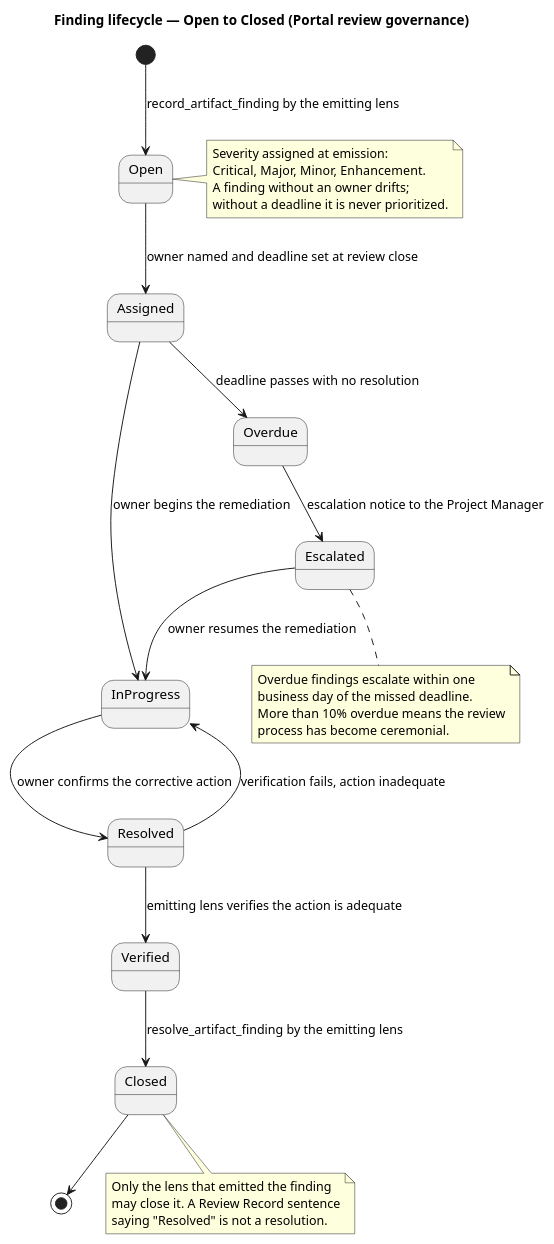
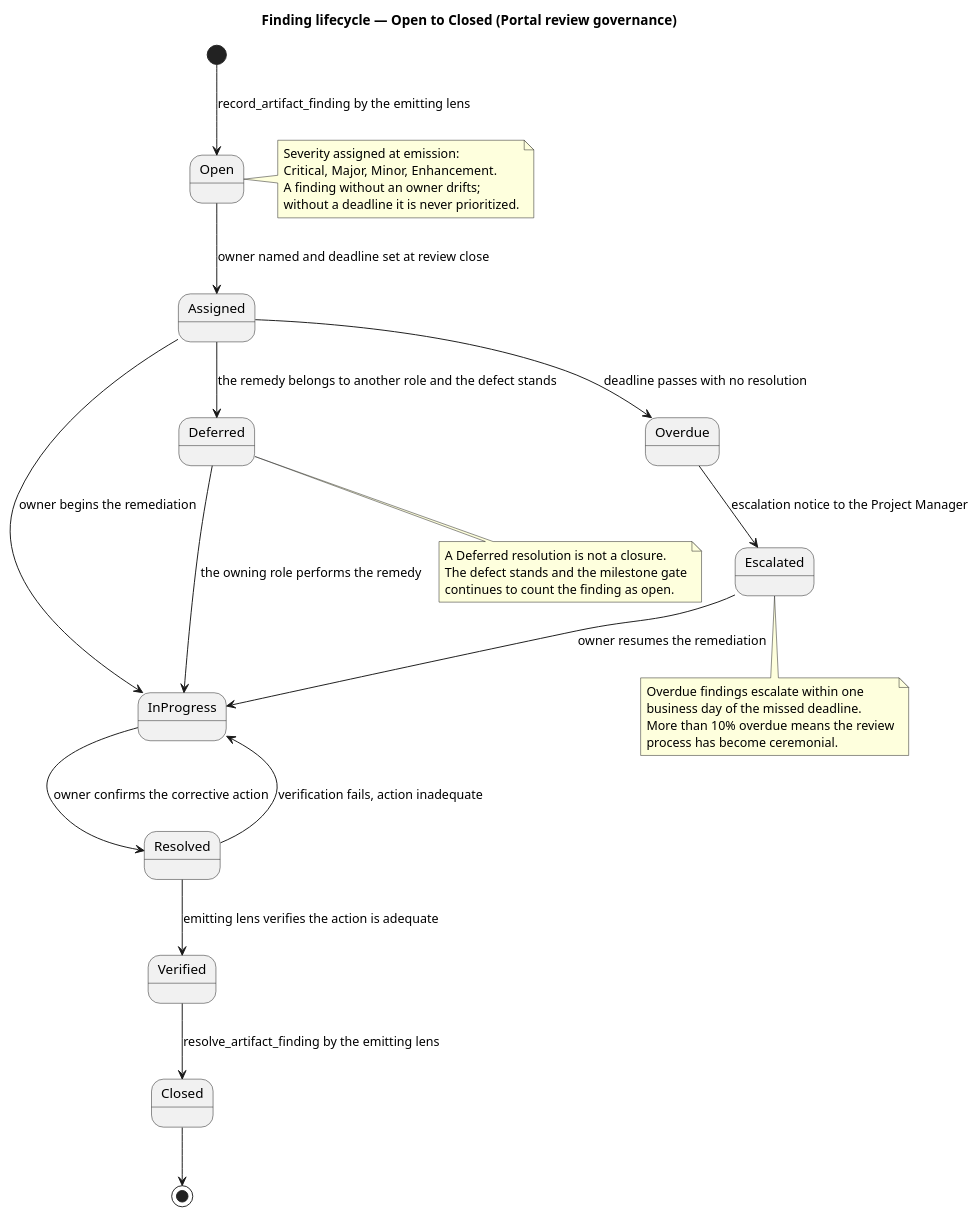
One commit to banense-test/portal changed diagram 28 of 30 in docs/artifacts/project-management/review-record.md. Above: the diagram before and after it, drawn with PlantUML. The commit also changed other lines of this file, not shown here.

First line of the commit message:
Review Coordinator [I2]: upsert Review Record

````diff
--- a/docs/artifacts/project-management/review-record.md
+++ b/docs/artifacts/project-management/review-record.md
@@ -3461,37 +3457,39 @@
 ```plantuml
 @startuml
 title Finding lifecycle — Open to Closed (Portal review governance)
 
 [*] --> Open : record_artifact_finding by the emitting lens
 Open --> Assigned : owner named and deadline set at review close
 Assigned --> InProgress : owner begins the remediation
 InProgress --> Resolved : owner confirms the corrective action
 Resolved --> Verified : emitting lens verifies the action is adequate
 Verified --> Closed : resolve_artifact_finding by the emitting lens
 Resolved --> InProgress : verification fails, action inadequate
+Assigned --> Deferred : the remedy belongs to another role and the defect stands
+Deferred --> InProgress : the owning role performs the remedy
 Assigned --> Overdue : deadline passes with no resolution
 Overdue --> Escalated : escalation notice to the Project Manager
 Escalated --> InProgress : owner resumes the remediation
 Closed --> [*]
 
 note right of Open
   Severity assigned at emission:
   Critical, Major, Minor, Enhancement.
   A finding without an owner drifts;
   without a deadline it is never prioritized.
 end note
 
-note bottom of Closed
-  Only the lens that emitted the finding
-  may close it. A Review Record sentence
-  saying "Resolved" is not a resolution.
+note bottom of Deferred
+  A Deferred resolution is not a closure.
+  The defect stands and the milestone gate
+  continues to count the finding as open.
 end note
 
 note bottom of Escalated
   Overdue findings escalate within one
   business day of the missed deadline.
   More than 10% overdue means the review
   process has become ceremonial.
 end note
 @enduml
 ```
````
